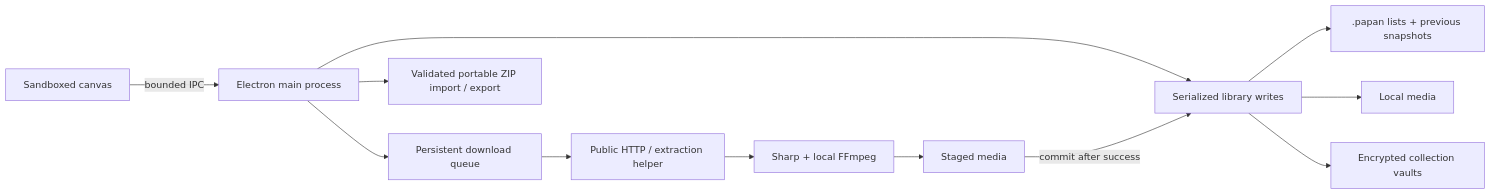
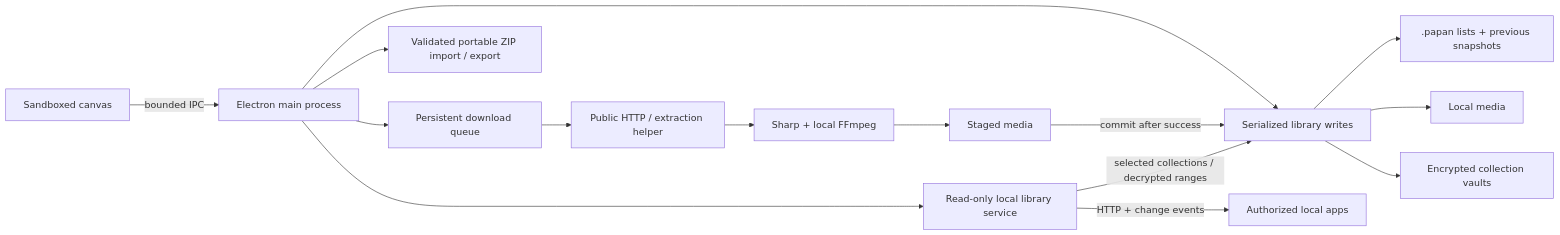
The diagram in docs/architecture.md (chelij/papan), drawn with Mermaid before and after one commit. The commit also changed other lines of this file and 36 other files, not shown here.

````diff
--- a/docs/architecture.md
+++ b/docs/architecture.md
@@ -5,14 +5,17 @@
 ```mermaid
 flowchart LR
   Canvas[Sandboxed canvas] -->|bounded IPC| Main[Electron main process]
   Main --> Library[Serialized library writes]
   Library --> Lists[.papan lists + previous snapshots]
   Main --> Queue[Persistent download queue]
   Queue --> Fetch[Public HTTP / extraction helper]
   Fetch --> Process[Sharp + local FFmpeg]
   Process --> Stage[Staged media]
   Stage -->|commit after success| Library
   Library --> Media[Local media]
   Library --> Vaults[Encrypted collection vaults]
+  Main --> Service[Read-only local library service]
+  Service -->|selected collections / decrypted ranges| Library
+  Service -->|HTTP + change events| Apps[Authorized local apps]
   Main --> Archive[Validated portable ZIP import / export]
 ```
````
